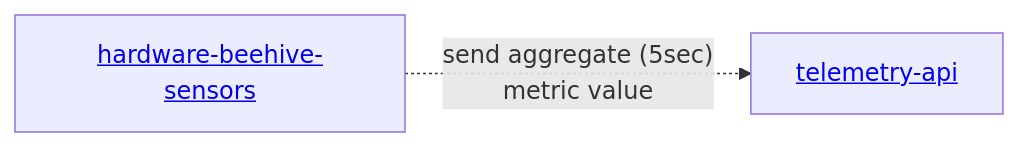
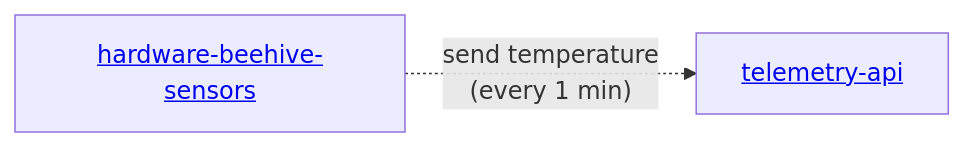
The diagram in README.md (Gratheon/beehive-sensors), drawn with Mermaid before and after one commit. The commit also changed other lines of this file and 1 other file, not shown here.

````diff
--- a/README.md
+++ b/README.md
@@ -4,4 +4,4 @@
 ```mermaid
 flowchart LR
-	hardware-beehive-sensors[<a href="https://github.com/Gratheon/hardware-beehive-sensors">hardware-beehive-sensors</a>] -."send aggregate (5sec)\n metric value".-> telemetry-api[<a href="https://github.com/Gratheon/telemetry-api">telemetry-api</a>]
+	hardware-beehive-sensors[<a href="https://github.com/Gratheon/hardware-beehive-sensors">hardware-beehive-sensors</a>] -."send temperature \n(every 1 min)".-> telemetry-api[<a href="https://github.com/Gratheon/telemetry-api">telemetry-api</a>]
 ```
````
